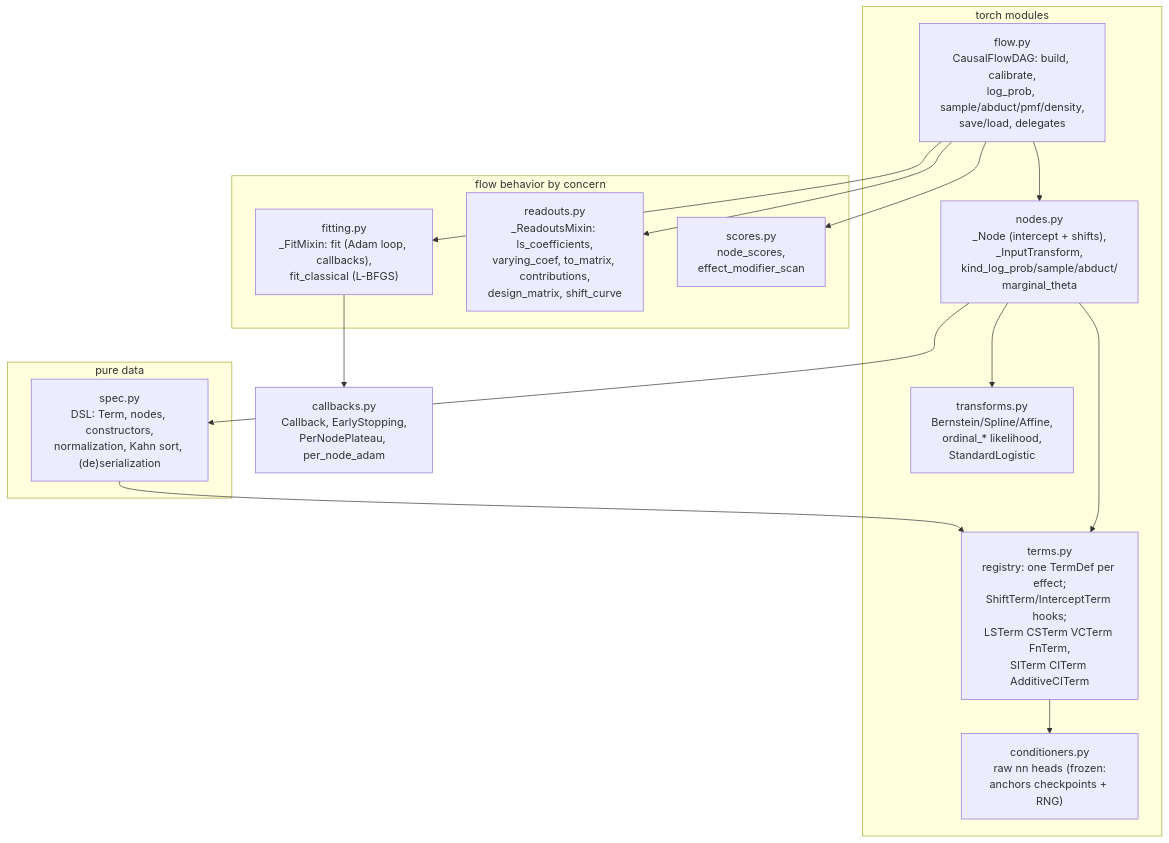
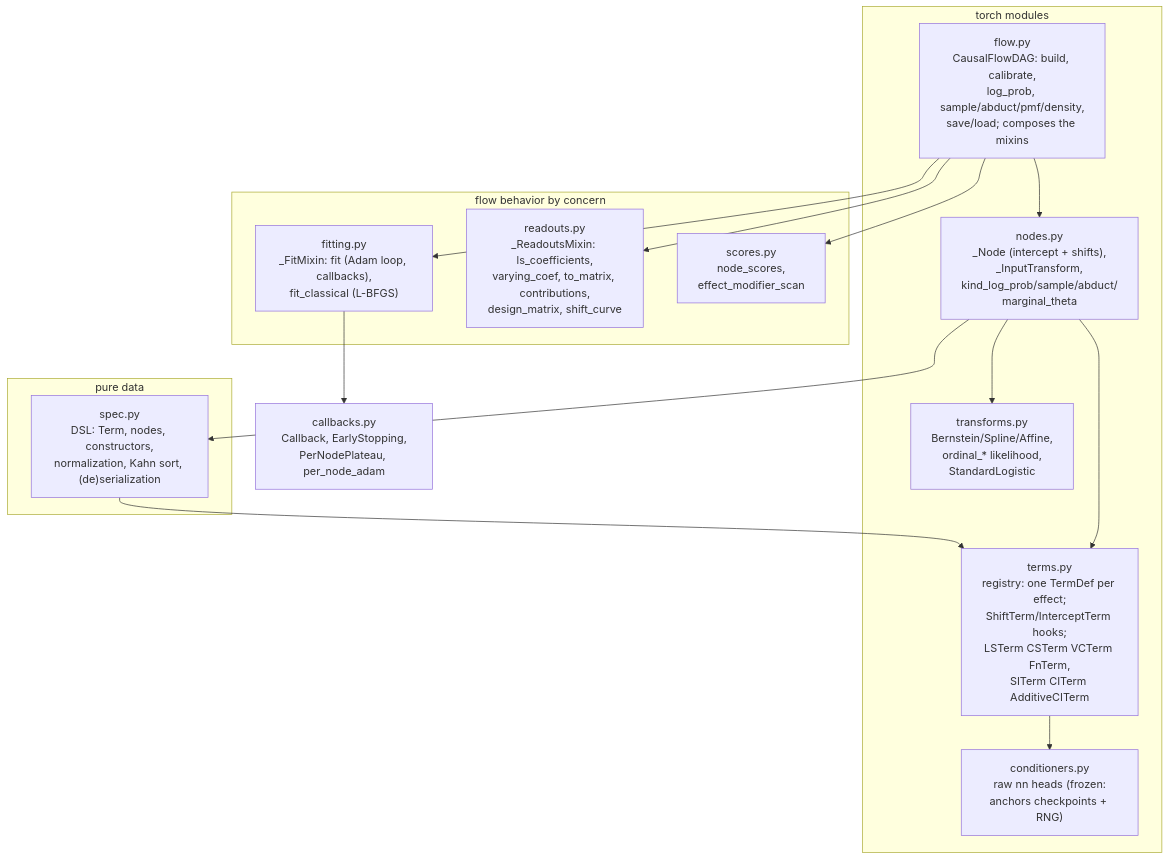
The first of 2 diagrams in docs/architecture.md (tensorchiefs/tramdag), drawn with Mermaid before and after one commit. The commit also changed 4 other files, not shown here.

````diff
--- a/docs/architecture.md
+++ b/docs/architecture.md
@@ -10,30 +10,30 @@
 ```mermaid
 graph TD
     subgraph data["pure data"]
         spec["spec.py<br/>DSL: Term, nodes, constructors,<br/>normalization, Kahn sort, (de)serialization"]
     end
     subgraph torch["torch modules"]
         terms["terms.py<br/>registry: one TermDef per effect;<br/>ShiftTerm/InterceptTerm hooks;<br/>LSTerm CSTerm VCTerm FnTerm,<br/>SITerm CITerm AdditiveCITerm"]
         conditioners["conditioners.py<br/>raw nn heads (frozen:<br/>anchors checkpoints + RNG)"]
         transforms["transforms.py<br/>Bernstein/Spline/Affine,<br/>ordinal_* likelihood,<br/>StandardLogistic"]
         nodes["nodes.py<br/>_Node (intercept + shifts),<br/>_InputTransform,<br/>kind_log_prob/sample/abduct/<br/>marginal_theta"]
-        flow["flow.py<br/>CausalFlowDAG: build, calibrate,<br/>log_prob, sample/abduct/pmf/density,<br/>save/load, delegates"]
+        flow["flow.py<br/>CausalFlowDAG: build, calibrate,<br/>log_prob, sample/abduct/pmf/density,<br/>save/load; composes the mixins"]
     end
     subgraph functions["flow behavior by concern"]
         fitting["fitting.py<br/>_FitMixin: fit (Adam loop, callbacks),<br/>fit_classical (L-BFGS)"]
         readouts["readouts.py<br/>_ReadoutsMixin: ls_coefficients,<br/>varying_coef, to_matrix, contributions,<br/>design_matrix, shift_curve"]
         scores["scores.py<br/>node_scores,<br/>effect_modifier_scan"]
     end
     callbacks["callbacks.py<br/>Callback, EarlyStopping,<br/>PerNodePlateau, per_node_adam"]
 
     spec --> terms
     terms --> conditioners
     nodes --> terms
     nodes --> spec
     nodes --> transforms
     flow --> nodes
     flow --> fitting
     flow --> readouts
     flow --> scores
     fitting --> callbacks
 ```
````
